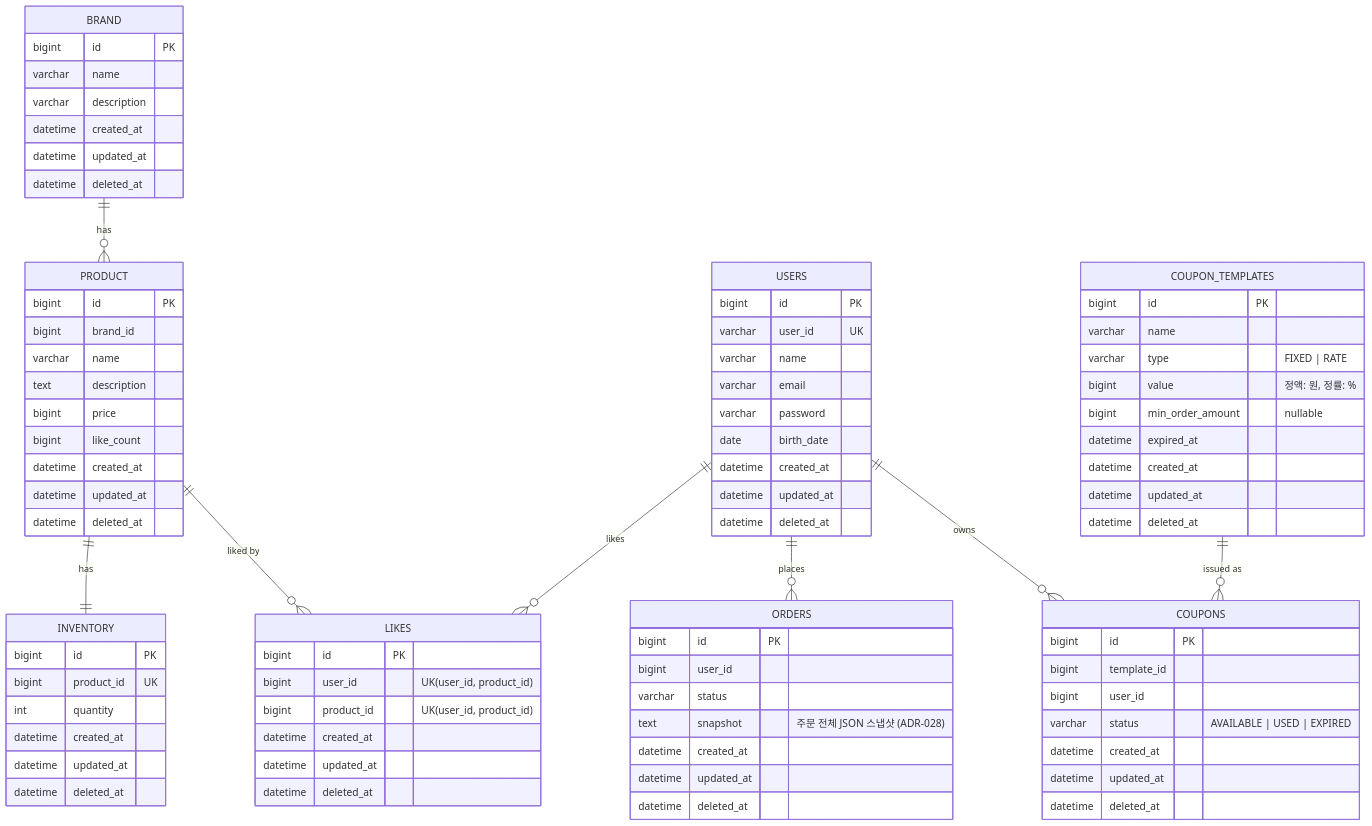
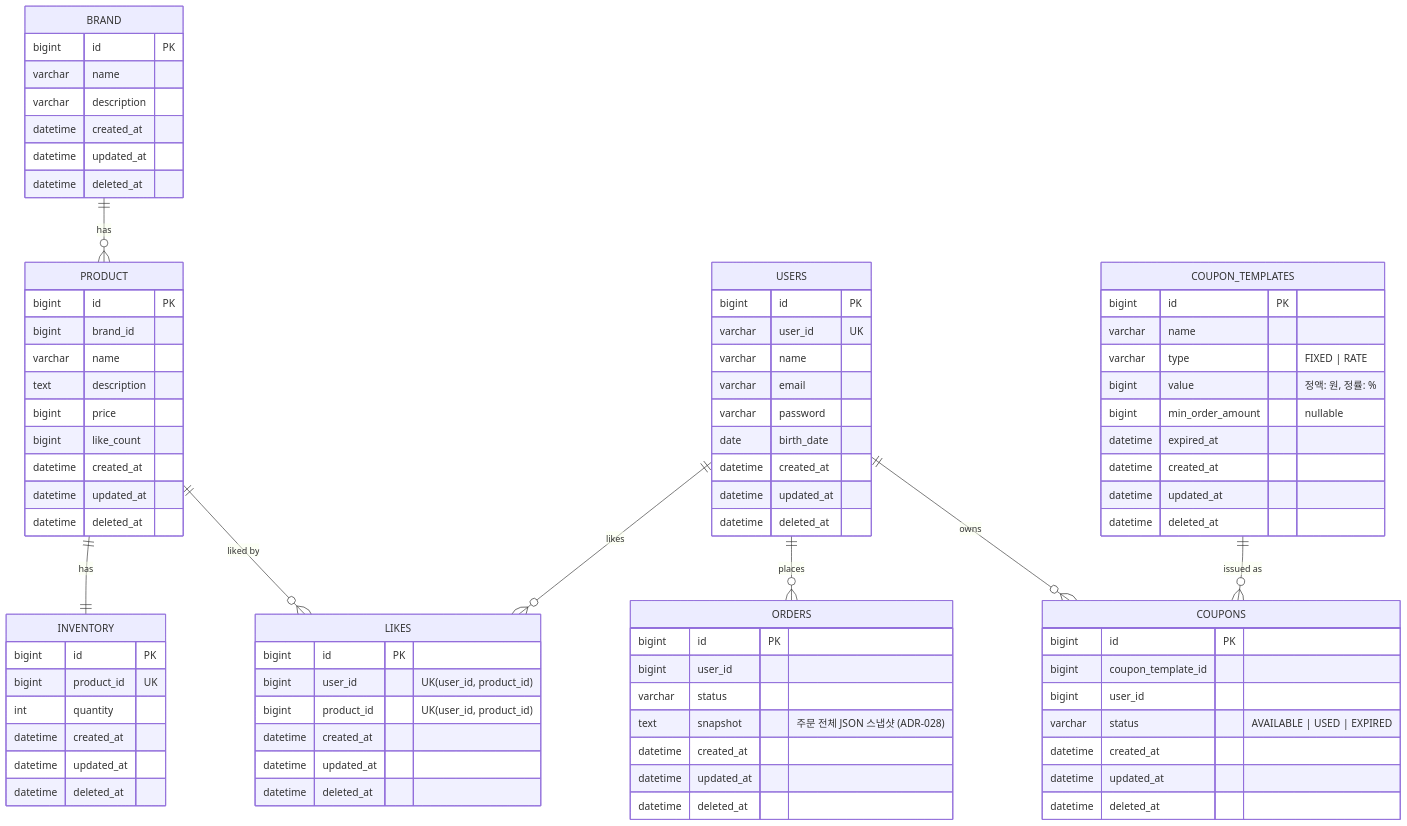
Before and after one commit to Hangju0610/loop-pack-be-l2-vol4-java: the diagram in docs/04-erd.md, drawn with Mermaid. The commit also changed 3 other files, not shown here.

```diff
--- a/docs/04-erd.md
+++ b/docs/04-erd.md
@@ -79,7 +79,7 @@
 
     COUPONS {
         bigint id PK
-        bigint template_id
+        bigint coupon_template_id
         bigint user_id
         varchar status "AVAILABLE | USED | EXPIRED"
         datetime created_at
```
